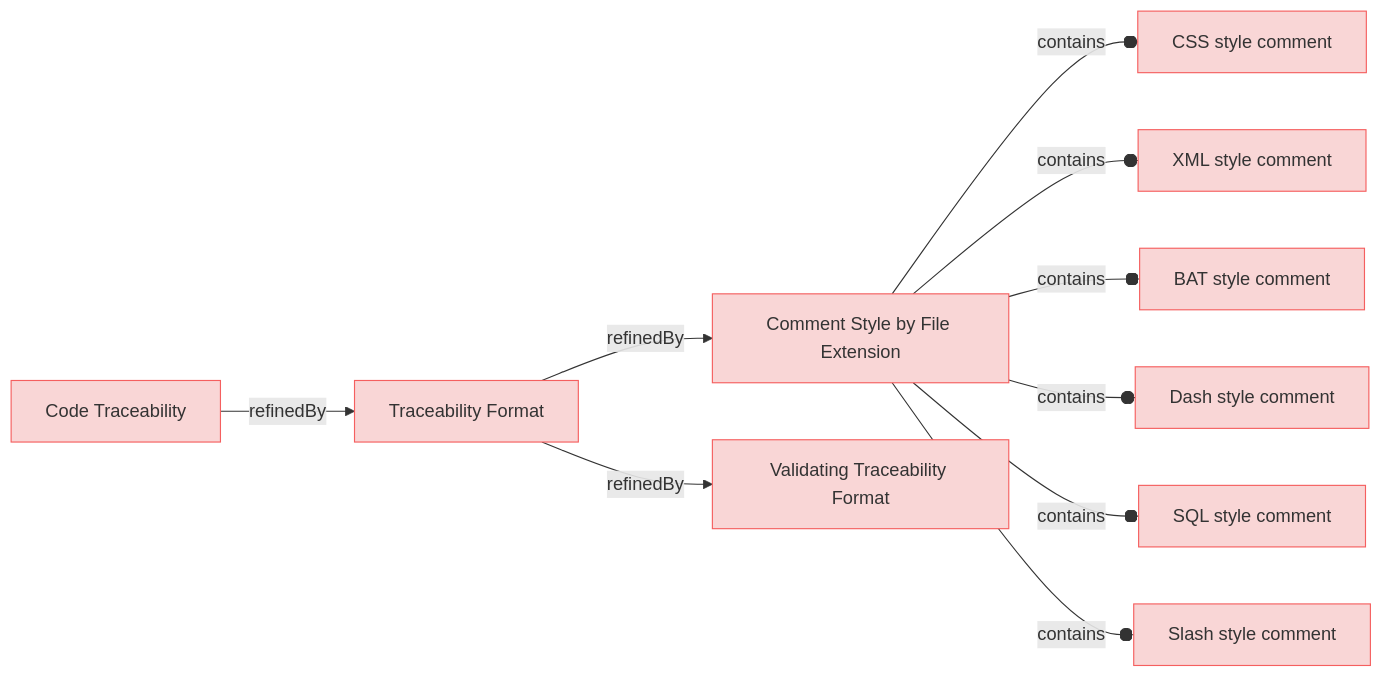
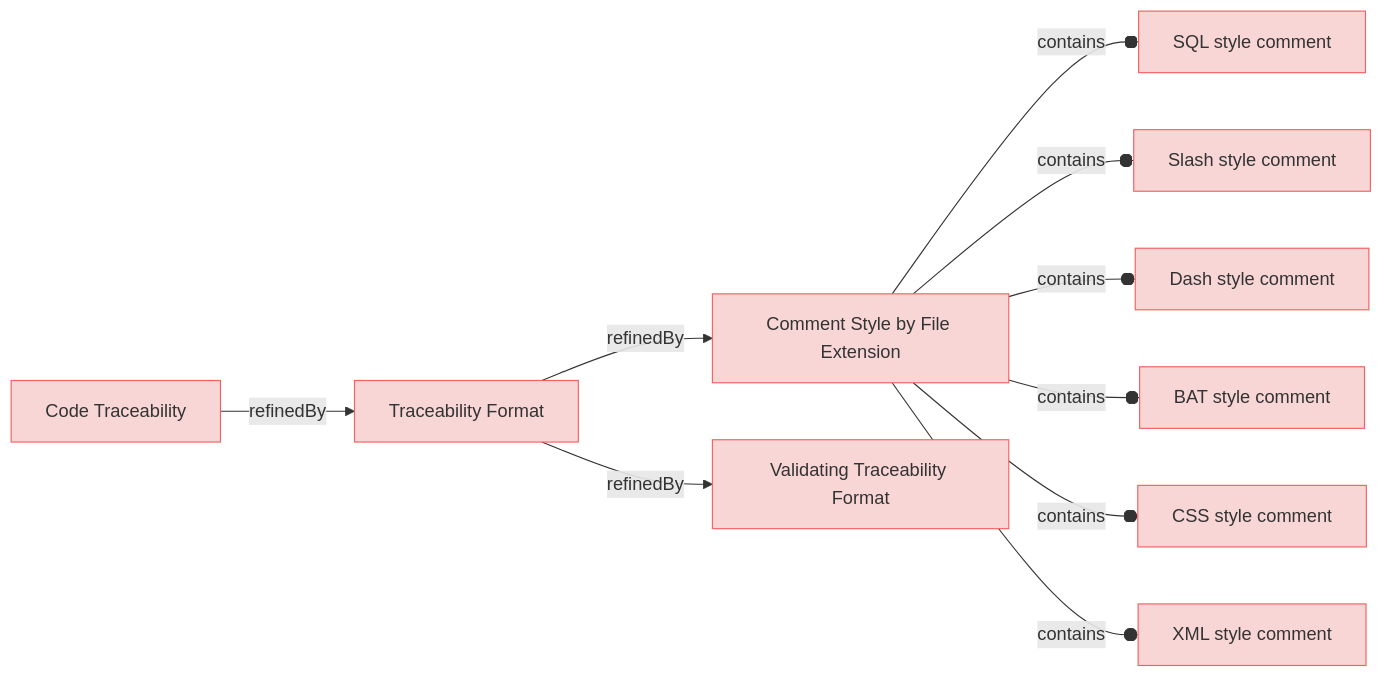
Before and after one commit to reqvire-org/reqvire: the diagram in specifications/CodeTraecabilityRequirements.md, drawn with Mermaid. The commit also changed other lines of this file and 18 other files, not shown here.

Commit message:
Updated diagrams

````diff
--- a/specifications/CodeTraecabilityRequirements.md
+++ b/specifications/CodeTraecabilityRequirements.md
@@ -4,49 +4,49 @@
 ```mermaid
 graph LR;
   %% REQVIRE-AUTOGENERATED-DIAGRAM
   %% Graph styling
   classDef requirement fill:#f9d6d6,stroke:#f55f5f,stroke-width:1px;
   classDef verification fill:#d6f9d6,stroke:#5fd75f,stroke-width:1px;
   classDef externalLink fill:#d0e0ff,stroke:#3080ff,stroke-width:1px;
   classDef default fill:#f5f5f5,stroke:#333333,stroke-width:1px;
 
+  9314736a59776478["Traceability Format"];
+  class 9314736a59776478 requirement;
+  click 9314736a59776478 "CodeTraecabilityRequirements.md#traceability-format";
   f4c09ad7359812ff["Comment Style by File Extension"];
   class f4c09ad7359812ff requirement;
   click f4c09ad7359812ff "CodeTraecabilityRequirements.md#comment-style-by-file-extension";
+  9314736a59776478 -->|refinedBy| f4c09ad7359812ff;
+  3db41d3530e56596["Validating Traceability Format"];
+  class 3db41d3530e56596 requirement;
+  click 3db41d3530e56596 "CodeTraecabilityRequirements.md#validating-traceability-format";
+  9314736a59776478 -->|refinedBy| 3db41d3530e56596;
+  39fc946195c12956["SQL style comment"];
+  class 39fc946195c12956 requirement;
+  click 39fc946195c12956 "CodeTraecabilityRequirements.md#sql-style-comment";
+  f4c09ad7359812ff --o|contains| 39fc946195c12956;
+  99c4cc438042d855["Slash style comment"];
+  class 99c4cc438042d855 requirement;
+  click 99c4cc438042d855 "CodeTraecabilityRequirements.md#slash-style-comment";
+  f4c09ad7359812ff --o|contains| 99c4cc438042d855;
+  be41c3d9e39abe6f["Dash style comment"];
+  class be41c3d9e39abe6f requirement;
+  click be41c3d9e39abe6f "CodeTraecabilityRequirements.md#dash-style-comment";
+  f4c09ad7359812ff --o|contains| be41c3d9e39abe6f;
+  7fdde6a23819450b["BAT style comment"];
+  class 7fdde6a23819450b requirement;
+  click 7fdde6a23819450b "CodeTraecabilityRequirements.md#bat-style-comment";
+  f4c09ad7359812ff --o|contains| 7fdde6a23819450b;
   a91fc474f292f1c9["CSS style comment"];
   class a91fc474f292f1c9 requirement;
   click a91fc474f292f1c9 "CodeTraecabilityRequirements.md#css-style-comment";
   f4c09ad7359812ff --o|contains| a91fc474f292f1c9;
   474c97b7d0029622["XML style comment"];
   class 474c97b7d0029622 requirement;
   click 474c97b7d0029622 "CodeTraecabilityRequirements.md#xml-style-comment";
   f4c09ad7359812ff --o|contains| 474c97b7d0029622;
-  7fdde6a23819450b["BAT style comment"];
-  class 7fdde6a23819450b requirement;
-  click 7fdde6a23819450b "CodeTraecabilityRequirements.md#bat-style-comment";
-  f4c09ad7359812ff --o|contains| 7fdde6a23819450b;
-  be41c3d9e39abe6f["Dash style comment"];
-  class be41c3d9e39abe6f requirement;
-  click be41c3d9e39abe6f "CodeTraecabilityRequirements.md#dash-style-comment";
-  f4c09ad7359812ff --o|contains| be41c3d9e39abe6f;
-  39fc946195c12956["SQL style comment"];
-  class 39fc946195c12956 requirement;
-  click 39fc946195c12956 "CodeTraecabilityRequirements.md#sql-style-comment";
-  f4c09ad7359812ff --o|contains| 39fc946195c12956;
-  99c4cc438042d855["Slash style comment"];
-  class 99c4cc438042d855 requirement;
-  click 99c4cc438042d855 "CodeTraecabilityRequirements.md#slash-style-comment";
-  f4c09ad7359812ff --o|contains| 99c4cc438042d855;
-  9314736a59776478["Traceability Format"];
-  class 9314736a59776478 requirement;
-  click 9314736a59776478 "CodeTraecabilityRequirements.md#traceability-format";
-  9314736a59776478 -->|refinedBy| f4c09ad7359812ff;
-  3db41d3530e56596["Validating Traceability Format"];
-  class 3db41d3530e56596 requirement;
-  click 3db41d3530e56596 "CodeTraecabilityRequirements.md#validating-traceability-format";
-  9314736a59776478 -->|refinedBy| 3db41d3530e56596;
   26ca72b617aff229["Code Traceability"];
   class 26ca72b617aff229 requirement;
   click 26ca72b617aff229 "UserRequirements.md#code-traceability";
   26ca72b617aff229 -->|refinedBy| 9314736a59776478;
 ```
````
